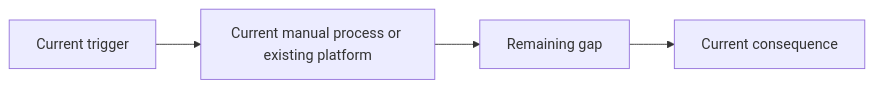
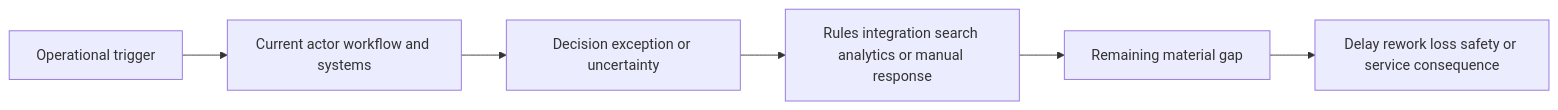
One commit to wildersa/azure_ref_kit changed the first of 2 diagrams in docs/opportunities/opportunity-template.md. Above: the diagram before and after it, drawn with Mermaid. The commit also changed other lines of this file, not shown here.

Commit message:
Add operational simulation to opportunity brief template

````diff
--- a/docs/opportunities/opportunity-template.md
+++ b/docs/opportunities/opportunity-template.md
@@ -101,6 +165,8 @@
 ```mermaid
 flowchart LR
-  A[Current trigger] --> B[Current manual process or existing platform]
-  B --> C[Remaining gap]
-  C --> D[Current consequence]
+  Trigger[Operational trigger] --> Current[Current actor workflow and systems]
+  Current --> Decision[Decision exception or uncertainty]
+  Decision --> Baseline[Rules integration search analytics or manual response]
+  Baseline --> Gap[Remaining material gap]
+  Gap --> Consequence[Delay rework loss safety or service consequence]
 ```
````
